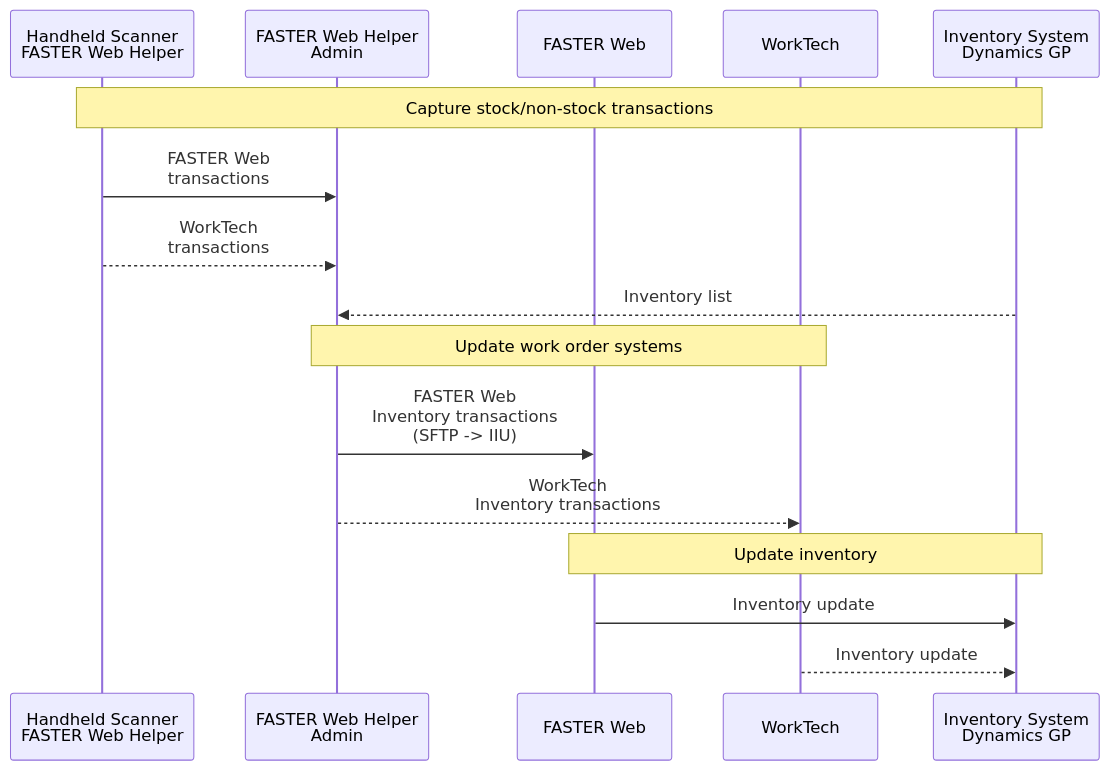
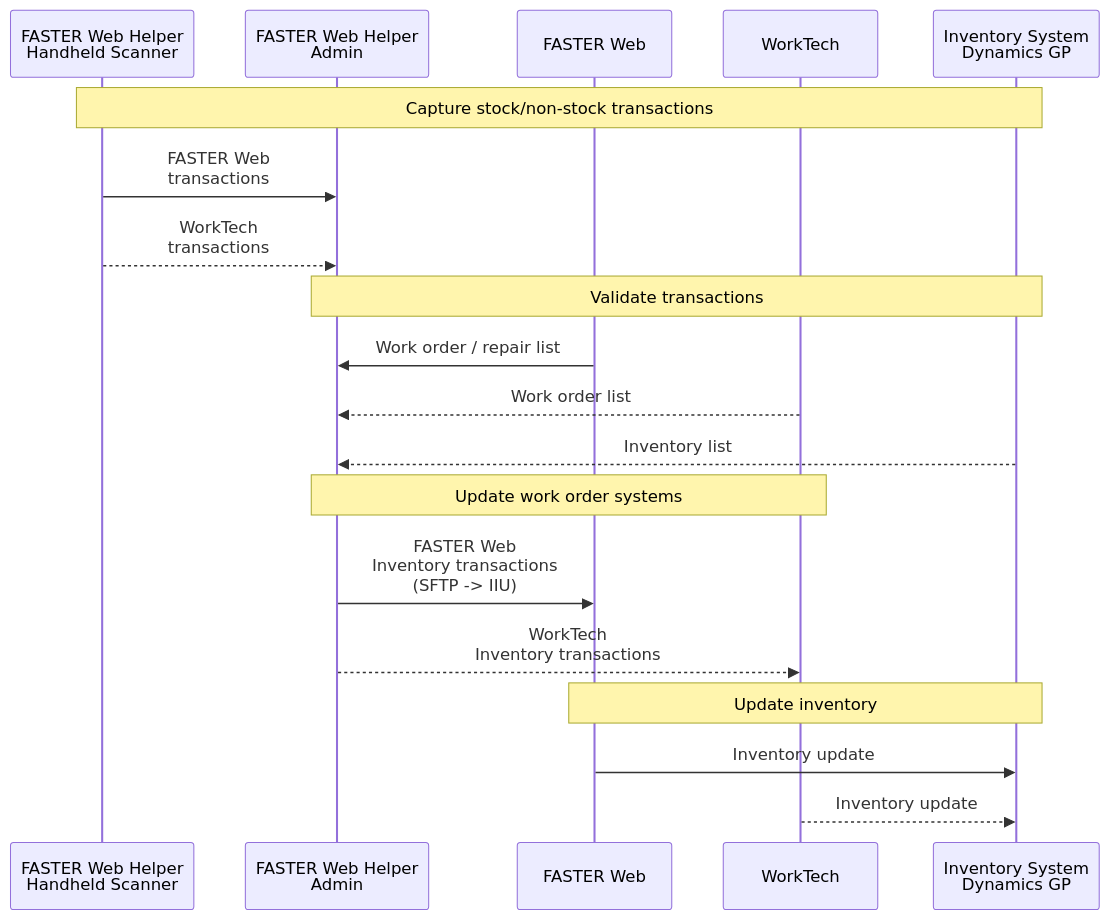
One commit to cityssm/faster-web-helper changed the diagram in modules/inventoryScanner/README.md. Above: the diagram before and after it, drawn with Mermaid.

````diff
--- a/modules/inventoryScanner/README.md
+++ b/modules/inventoryScanner/README.md
@@ -29,21 +29,25 @@
 ```mermaid
 sequenceDiagram
-    participant scanner as Handheld Scanner<br />FASTER Web Helper
+    participant scanner as FASTER Web Helper<br />Handheld Scanner
     participant helper as FASTER Web Helper<br />Admin
     participant faster as FASTER Web
     participant worktech as WorkTech
     participant inventory as Inventory System<br />Dynamics GP
 
     note over scanner,inventory: Capture stock/non-stock transactions
     scanner->>helper: FASTER Web<br />transactions
     scanner-->>helper: WorkTech<br />transactions
+
+    note over helper,inventory: Validate transactions
+    faster->>helper: Work order / repair list
+    worktech-->>helper: Work order list
     inventory-->>helper: Inventory list
 
     note over helper,worktech: Update work order systems
     helper->>faster: FASTER Web<br />Inventory transactions<br />(SFTP -> IIU)
     helper-->>worktech: WorkTech<br />Inventory transactions
 
     note over faster,inventory: Update inventory
     faster->>inventory: Inventory update
     worktech-->>inventory: Inventory update
 ```
````
